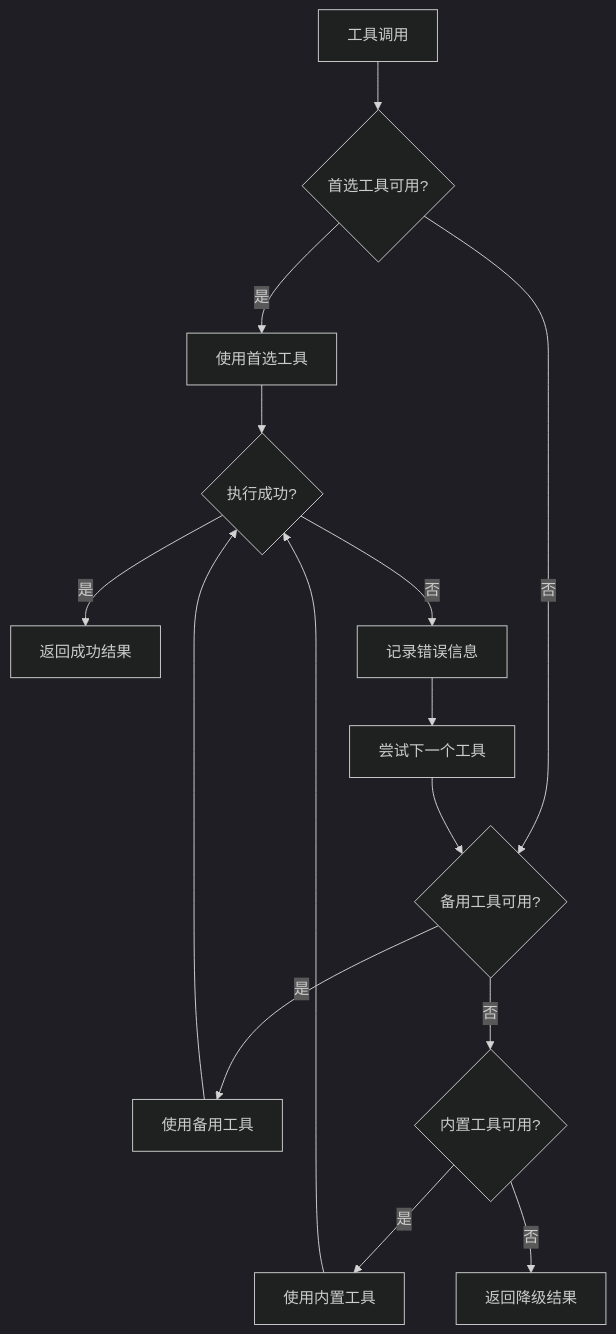
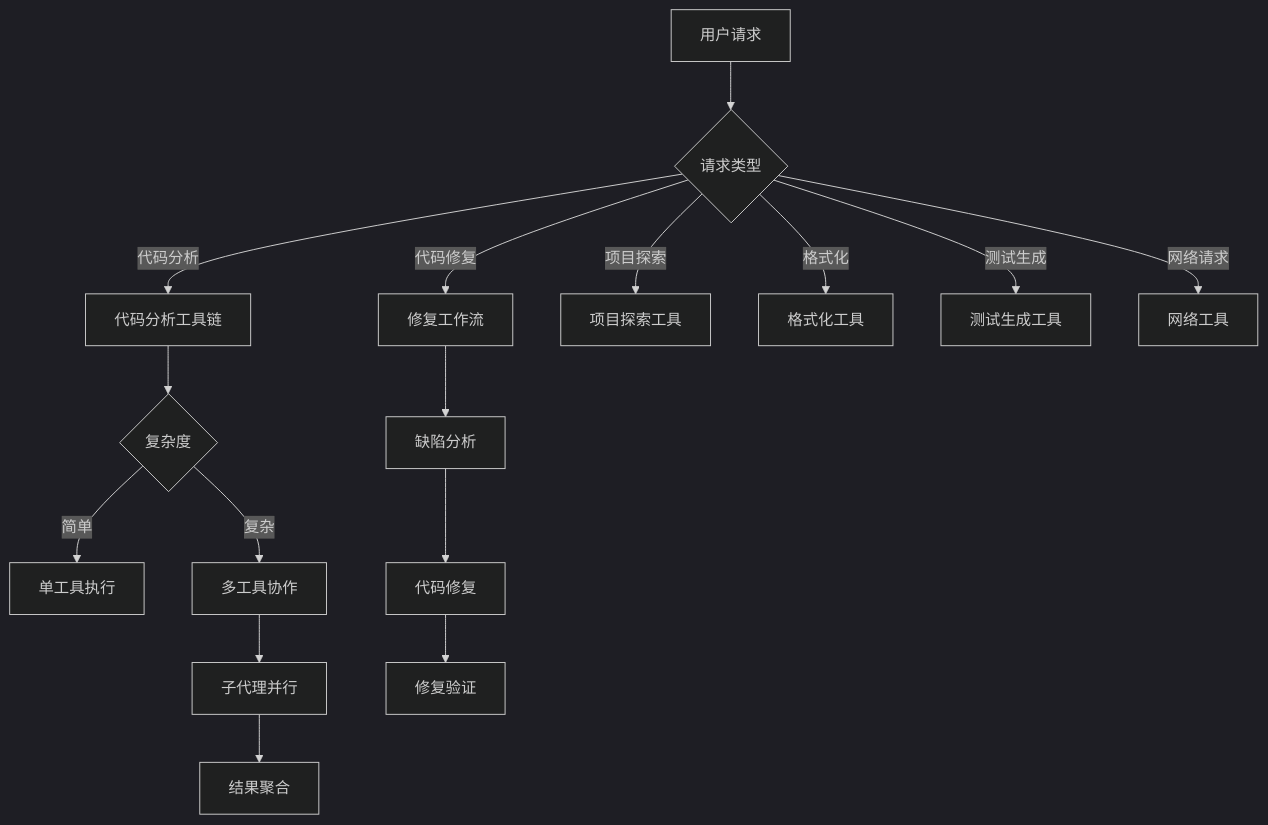
Diagram 19 of 20 in docs/tools_architecture.md (3uyuan1ee/Fix_agent), drawn with Mermaid (dark theme) before and after one commit. The commit also changed other lines of this file, not shown here.

````diff
--- a/docs/tools_architecture.md
+++ b/docs/tools_architecture.md
@@ -852,19 +845,22 @@
 ```mermaid
-flowchart TD
-    A[工具调用] --> B{首选工具可用?}
-    B -->|是| C[使用首选工具]
-    B -->|否| D{备用工具可用?}
-    D -->|是| E[使用备用工具]
-    D -->|否| F{内置工具可用?}
-    F -->|是| G[使用内置工具]
-    F -->|否| H[返回降级结果]
+graph TD
+    A[用户请求] --> B{请求类型}
 
-    C --> I{执行成功?}
-    E --> I
-    G --> I
+    B -->|代码分析| C[代码分析工具链]
+    B -->|代码修复| D[修复工作流]
+    B -->|项目探索| E[项目探索工具]
+    B -->|格式化| F[格式化工具]
+    B -->|测试生成| G[测试生成工具]
+    B -->|网络请求| H[网络工具]
 
-    I -->|是| J[返回成功结果]
-    I -->|否| K[记录错误信息]
-    K --> L[尝试下一个工具]
-    L --> D
+    C --> I{复杂度}
+    I -->|简单| J[单工具执行]
+    I -->|复杂| K[多工具协作]
+
+    D --> L[缺陷分析]
+    L --> M[代码修复]
+    M --> N[修复验证]
+
+    K --> O[子代理并行]
+    O --> P[结果聚合]
 ```
````
